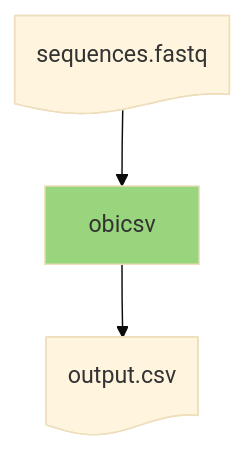
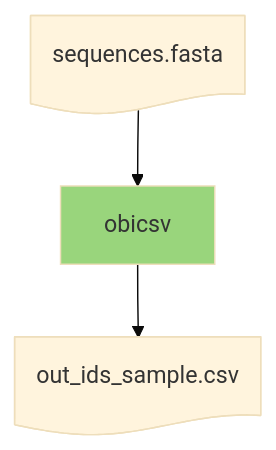
Before and after one commit to metabarcoding/obitools4-doc: the diagram in content/docs/commands/basics/obicsv/_index.md, drawn with Mermaid (base theme). The commit also changed other lines of this file and 2 other files, not shown here.

```diff
--- a/content/docs/commands/basics/obicsv/_index.md
+++ b/content/docs/commands/basics/obicsv/_index.md
@@ -25,9 +25,9 @@
 {{< mermaid class="workflow" >}}
 graph TD
-  A@{ shape: doc, label: "sequences.fastq" }
+  A@{ shape: doc, label: "sequences.fasta" }
   C[obicsv]
-  D@{ shape: doc, label: "output.csv" }
+  D@{ shape: doc, label: "out_ids_sample.csv" }
   A --> C:::obitools
   C --> D
   classDef obitools fill:#99d57c
 {{< /mermaid >}}
```
